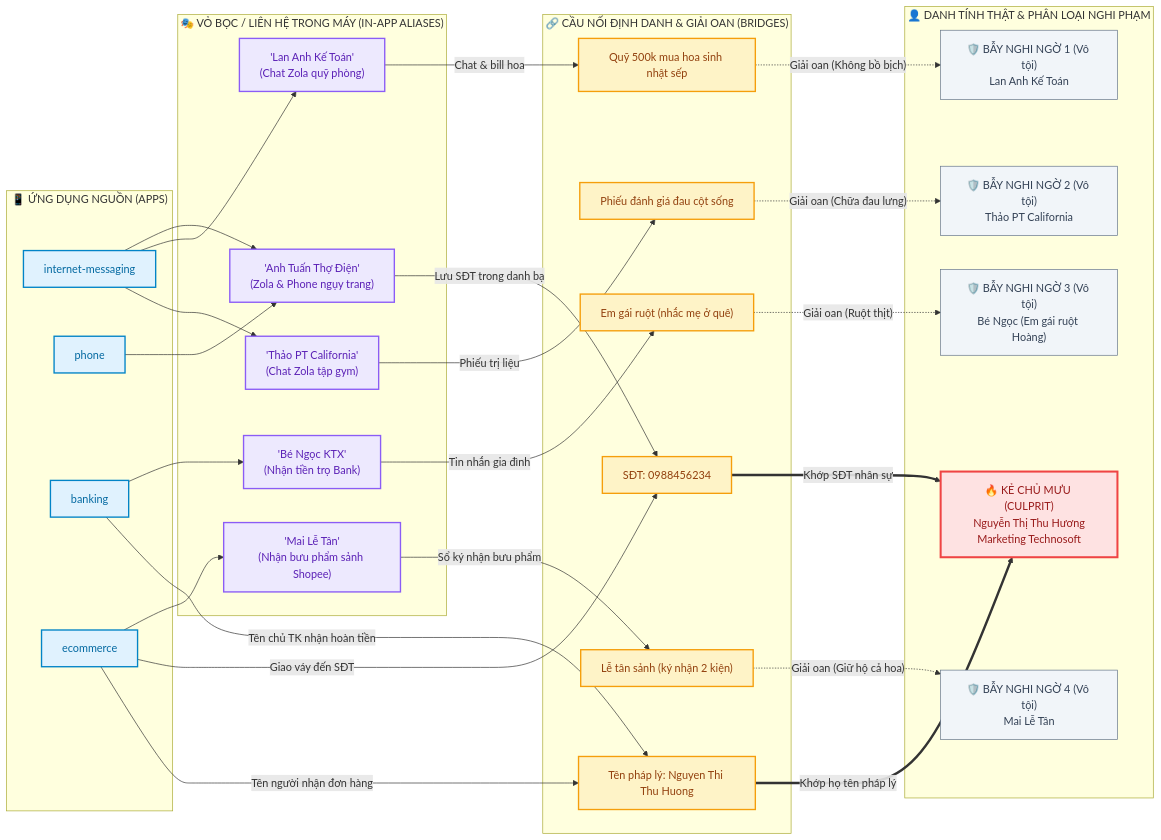
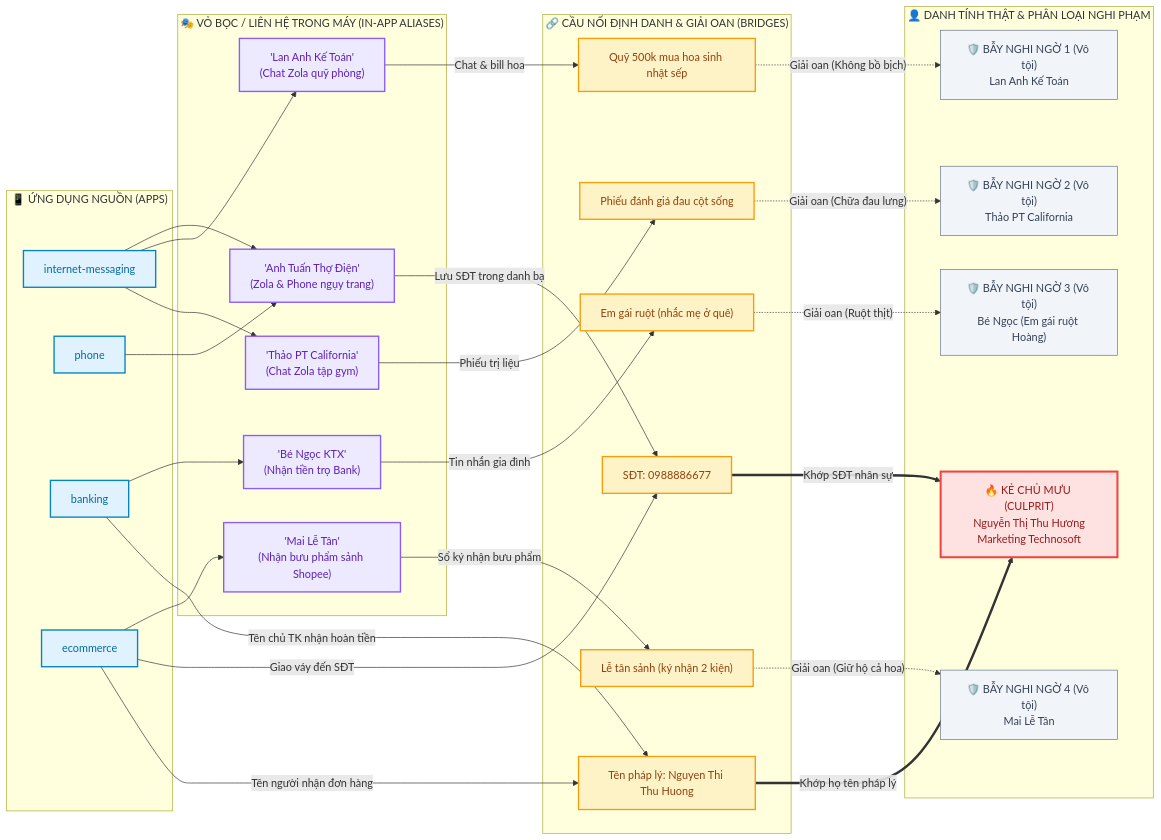
One commit to BruceNasher168/detective-wifey changed the first of 2 diagrams in .agent-artifacts/requirements/stories/husband-hoang/level-01.md. Above: the diagram before and after it, drawn with Mermaid. The commit also changed other lines of this file and 117 other files, not shown here.

````diff
--- a/.agent-artifacts/requirements/stories/husband-hoang/level-01.md
+++ b/.agent-artifacts/requirements/stories/husband-hoang/level-01.md
@@ -43,76 +43,76 @@
 ```mermaid
 flowchart LR
   subgraph APPS ["📱 ỨNG DỤNG NGUỒN (APPS)"]
     App_Zola["internet-messaging"]
     App_Phone["phone"]
     App_Bank["banking"]
     App_Shop["ecommerce"]
   end
 
   subgraph ALIASES ["🎭 VỎ BỌC / LIÊN HỆ TRONG MÁY (IN-APP ALIASES)"]
     Alias_Tuan["'Anh Tuấn Thợ Điện'<br/>(Zola & Phone ngụy trang)"]
     Alias_LanAnh["'Lan Anh Kế Toán'<br/>(Chat Zola quỹ phòng)"]
     Alias_Thao["'Thảo PT California'<br/>(Chat Zola tập gym)"]
     Alias_Ngoc["'Bé Ngọc KTX'<br/>(Nhận tiền trọ Bank)"]
     Alias_Mai["'Mai Lễ Tân'<br/>(Nhận bưu phẩm sảnh Shopee)"]
   end
 
   subgraph BRIDGES ["🔗 CẦU NỐI ĐỊNH DANH & GIẢI OAN (BRIDGES)"]
-    Bridge_PhoneHuong["SĐT: 0988456234"]
+    Bridge_PhoneHuong["SĐT: 0988886677"]
     Bridge_NameHuong["Tên pháp lý: Nguyen Thi Thu Huong"]
     Bridge_LanAnhProof["Quỹ 500k mua hoa sinh nhật sếp"]
     Bridge_ThaoProof["Phiếu đánh giá đau cột sống"]
     Bridge_NgocProof["Em gái ruột (nhắc mẹ ở quê)"]
     Bridge_MaiProof["Lễ tân sảnh (ký nhận 2 kiện)"]
   end
 
   subgraph IDENTITIES ["👤 DANH TÍNH THẬT & PHÂN LOẠI NGHI PHẠM"]
     Suspect_Huong["🔥 KẺ CHỦ MƯU (CULPRIT)<br/>Nguyễn Thị Thu Hương<br/>Marketing Technosoft"]
     Suspect_LanAnh["🛡️ BẪY NGHI NGỜ 1 (Vô tội)<br/>Lan Anh Kế Toán"]
     Suspect_Thao["🛡️ BẪY NGHI NGỜ 2 (Vô tội)<br/>Thảo PT California"]
     Suspect_Ngoc["🛡️ BẪY NGHI NGỜ 3 (Vô tội)<br/>Bé Ngọc (Em gái ruột Hoàng)"]
     Suspect_Mai["🛡️ BẪY NGHI NGỜ 4 (Vô tội)<br/>Mai Lễ Tân"]
   end
 
   %% Nối App sang Alias
   App_Zola --> Alias_Tuan
   App_Phone --> Alias_Tuan
   App_Zola --> Alias_LanAnh
   App_Zola --> Alias_Thao
   App_Bank --> Alias_Ngoc
   App_Shop --> Alias_Mai
 
   %% Nối định danh Tiểu Tam (Hương)
   Alias_Tuan -->|"Lưu SĐT trong danh bạ"| Bridge_PhoneHuong
   App_Shop -->|"Giao váy đến SĐT"| Bridge_PhoneHuong
   App_Shop -->|"Tên người nhận đơn hàng"| Bridge_NameHuong
   App_Bank -->|"Tên chủ TK nhận hoàn tiền"| Bridge_NameHuong
   Bridge_PhoneHuong ==>|"Khớp SĐT nhân sự"| Suspect_Huong
   Bridge_NameHuong ==>|"Khớp họ tên pháp lý"| Suspect_Huong
 
   %% Nối giải oan Red Herrings
   Alias_LanAnh -->|"Chat & bill hoa"| Bridge_LanAnhProof
   Bridge_LanAnhProof -.->|"Giải oan (Không bồ bịch)"| Suspect_LanAnh
 
   Alias_Thao -->|"Phiếu trị liệu"| Bridge_ThaoProof
   Bridge_ThaoProof -.->|"Giải oan (Chữa đau lưng)"| Suspect_Thao
 
   Alias_Ngoc -->|"Tin nhắn gia đình"| Bridge_NgocProof
   Bridge_NgocProof -.->|"Giải oan (Ruột thịt)"| Suspect_Ngoc
 
   Alias_Mai -->|"Sổ ký nhận bưu phẩm"| Bridge_MaiProof
   Bridge_MaiProof -.->|"Giải oan (Giữ hộ cả hoa)"| Suspect_Mai
 
   %% Styling
   classDef culprit fill:#fee2e2,stroke:#ef4444,stroke-width:3px,color:#991b1b;
   classDef innocent fill:#f1f5f9,stroke:#64748b,stroke-width:1px,color:#334155;
   classDef bridge fill:#fef3c7,stroke:#f59e0b,stroke-width:2px,color:#92400e;
   classDef alias fill:#ede9fe,stroke:#8b5cf6,stroke-width:2px,color:#5b21b6;
   classDef app fill:#e0f2fe,stroke:#0284c7,stroke-width:2px,color:#0369a1;
 
   class Suspect_Huong culprit;
   class Suspect_LanAnh,Suspect_Thao,Suspect_Ngoc,Suspect_Mai innocent;
   class Bridge_PhoneHuong,Bridge_NameHuong,Bridge_LanAnhProof,Bridge_ThaoProof,Bridge_NgocProof,Bridge_MaiProof bridge;
   class Alias_Tuan,Alias_LanAnh,Alias_Thao,Alias_Ngoc,Alias_Mai alias;
   class App_Zola,App_Phone,App_Bank,App_Shop app;
 ```
````
